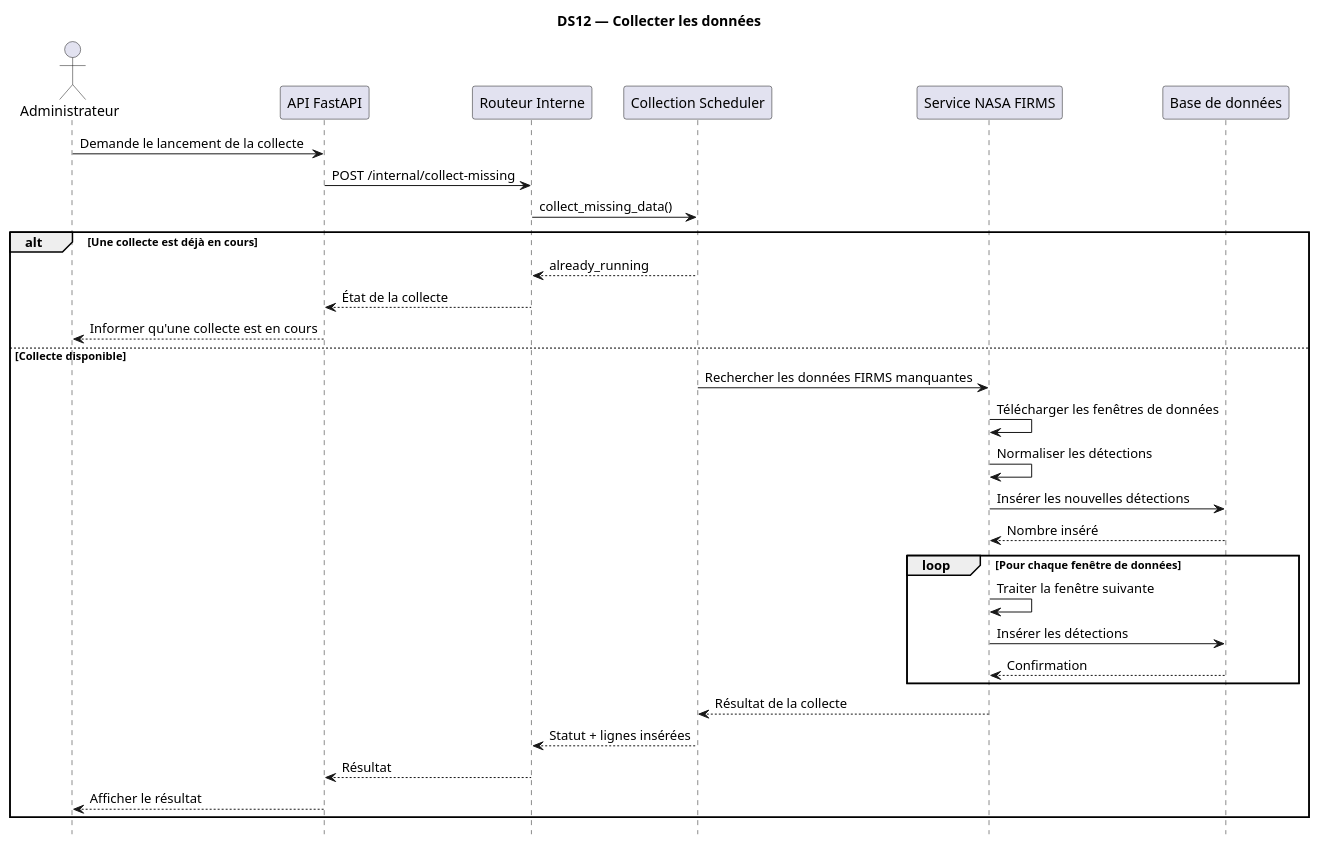
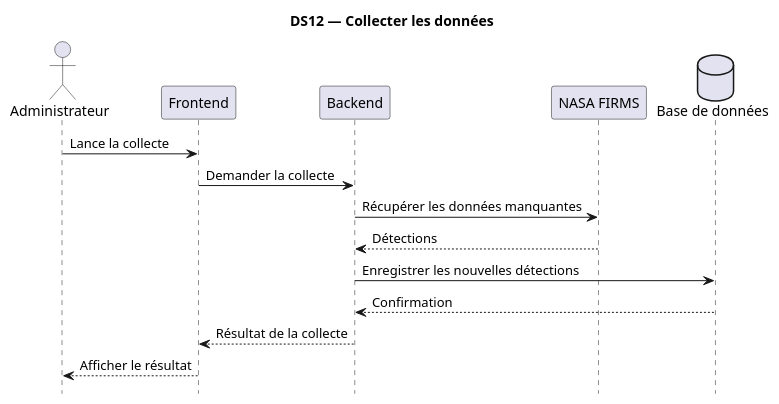
The diagram in UML_JeryMotro/DS12_Collecter_donnees.plantuml (TkAbeleon/NoteAcemiqueProjetSoutenanceL3), drawn with PlantUML before and after one commit.

Commit message:
Alléger DS12 avec NASA FIRMS

```diff
--- a/UML_JeryMotro/DS12_Collecter_donnees.plantuml
+++ b/UML_JeryMotro/DS12_Collecter_donnees.plantuml
@@ -1,39 +1,22 @@
 @startuml
 
 title DS12 — Collecter les données
 hide footbox
 skinparam shadowing false
 
 actor "Administrateur" as A
-participant "API FastAPI" as API
-participant "Routeur Interne" as R
-participant "Collection Scheduler" as S
-participant "Service NASA FIRMS" as F
-participant "Base de données" as DB
+participant "Frontend" as F
+participant "Backend" as B
+participant "NASA FIRMS" as N
+database "Base de données" as DB
 
-A -> API : Demande le lancement de la collecte
-API -> R : POST /internal/collect-missing
-R -> S : collect_missing_data()
-
-alt Une collecte est déjà en cours
-    S --> R : already_running
-    R --> API : État de la collecte
-    API --> A : Informer qu'une collecte est en cours
-else Collecte disponible
-    S -> F : Rechercher les données FIRMS manquantes
-    F -> F : Télécharger les fenêtres de données
-    F -> F : Normaliser les détections
-    F -> DB : Insérer les nouvelles détections
-    DB --> F : Nombre inséré
-    loop Pour chaque fenêtre de données
-        F -> F : Traiter la fenêtre suivante
-        F -> DB : Insérer les détections
-        DB --> F : Confirmation
-    end
-    F --> S : Résultat de la collecte
-    S --> R : Statut + lignes insérées
-    R --> API : Résultat
-    API --> A : Afficher le résultat
-end
+A -> F : Lance la collecte
+F -> B : Demander la collecte
+B -> N : Récupérer les données manquantes
+N --> B : Détections
+B -> DB : Enregistrer les nouvelles détections
+DB --> B : Confirmation
+B --> F : Résultat de la collecte
+F --> A : Afficher le résultat
 
 @enduml
```
